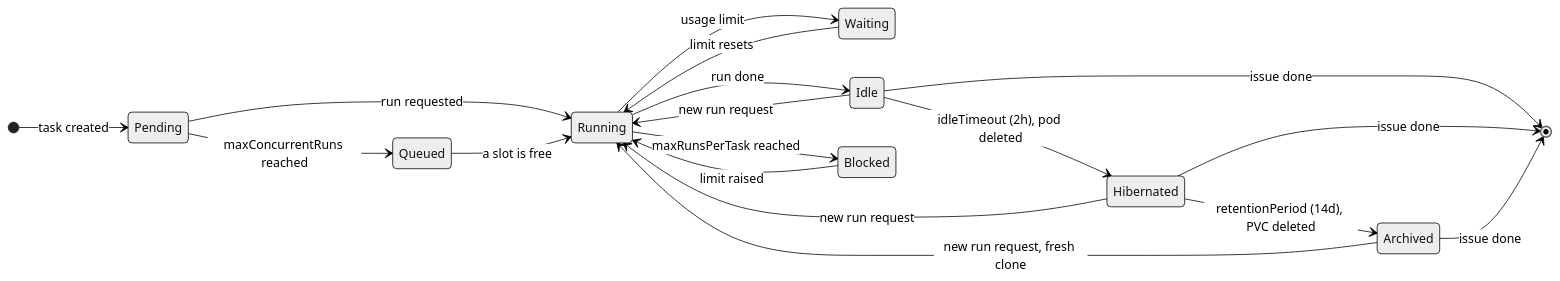
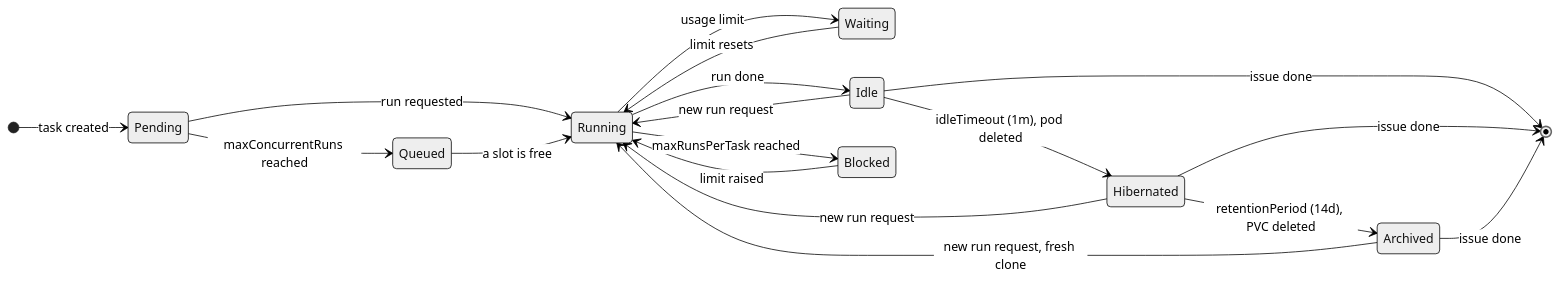
Before and after one commit to jonathanwiemers/ai-operator: the fourth of 6 diagrams in docs/design.md, drawn with Mermaid (neutral theme). The commit also changed other lines of this file and 13 other files, not shown here.

````diff
--- a/docs/design.md
+++ b/docs/design.md
@@ -188,21 +188,21 @@
 ```mermaid
 stateDiagram-v2
     direction LR
     [*] --> Pending: task created
     Pending --> Running: run requested
     Pending --> Queued: maxConcurrentRuns reached
     Queued --> Running: a slot is free
     Running --> Waiting: usage limit
     Waiting --> Running: limit resets
     Running --> Idle: run done
     Idle --> Running: new run request
-    Idle --> Hibernated: idleTimeout (2h), pod deleted
+    Idle --> Hibernated: idleTimeout (1m), pod deleted
     Hibernated --> Running: new run request
     Hibernated --> Archived: retentionPeriod (14d), PVC deleted
     Archived --> Running: new run request, fresh clone
     Running --> Blocked: maxRunsPerTask reached
     Blocked --> Running: limit raised
     Idle --> [*]: issue done
     Hibernated --> [*]: issue done
     Archived --> [*]: issue done
 ```
````
